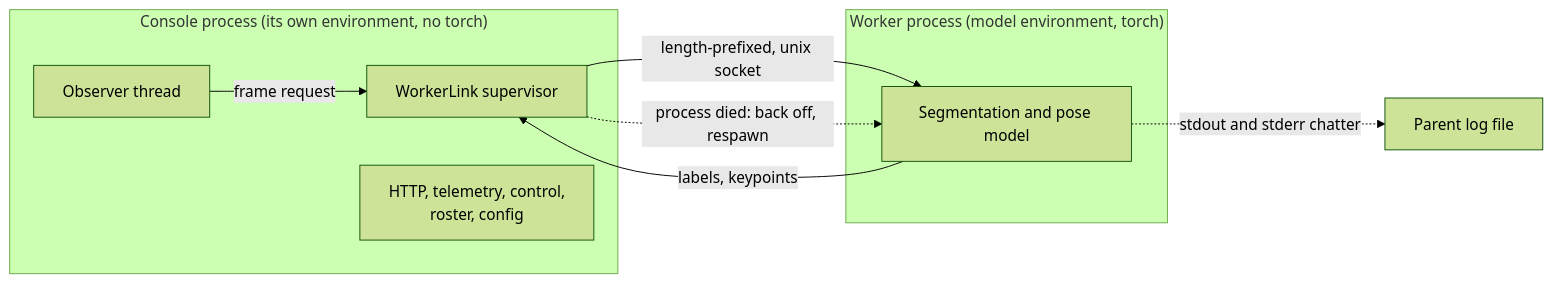
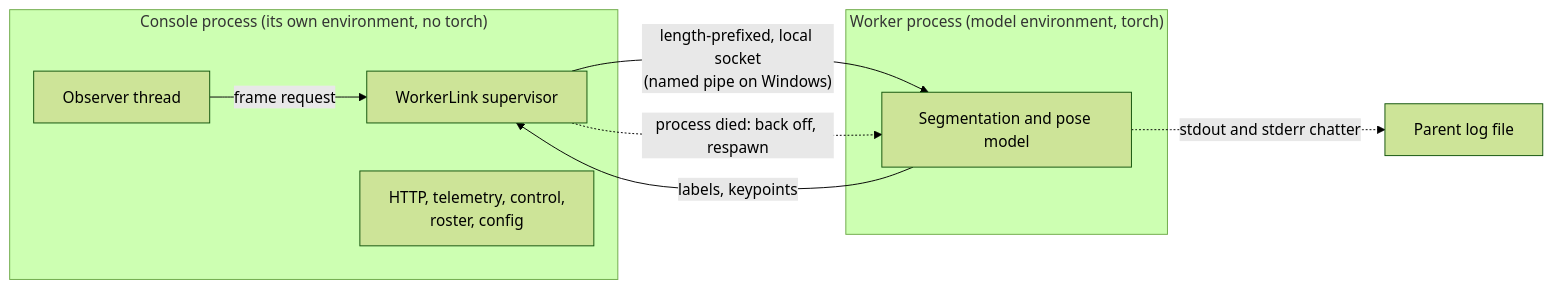
One commit to AristidesAI/TDStage-Docs changed the first of 2 diagrams in console/resilience.md. Above: the diagram before and after it, drawn with Mermaid (forest theme). The commit also changed other lines of this file, not shown here.

````diff
--- a/console/resilience.md
+++ b/console/resilience.md
@@ -134,18 +148,18 @@
 ```mermaid
 flowchart LR
   subgraph CONSOLE ["Console process (its own environment, no torch)"]
     OBS["Observer thread"]
     LINK["WorkerLink supervisor"]
     REST["HTTP, telemetry, control,<br/>roster, config"]
   end
   subgraph WORKER ["Worker process (model environment, torch)"]
     MODEL["Segmentation and pose model"]
   end
   LOG["Parent log file"]
 
   OBS -- "frame request" --> LINK
-  LINK -- "length-prefixed, unix socket" --> MODEL
+  LINK -- "length-prefixed, local socket<br/>(named pipe on Windows)" --> MODEL
   MODEL -- "labels, keypoints" --> LINK
   MODEL -. "stdout and stderr chatter" .-> LOG
   LINK -. "process died: back off, respawn" .-> MODEL
 ```
````
